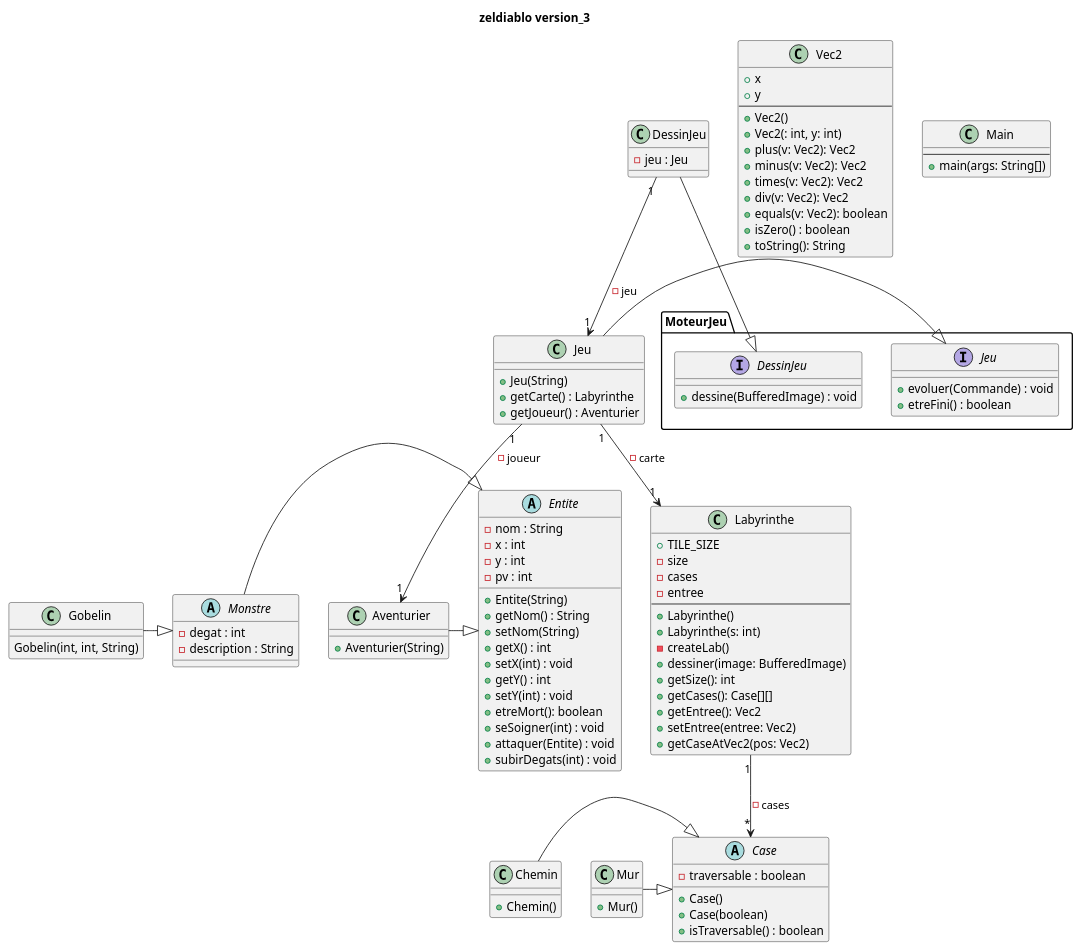
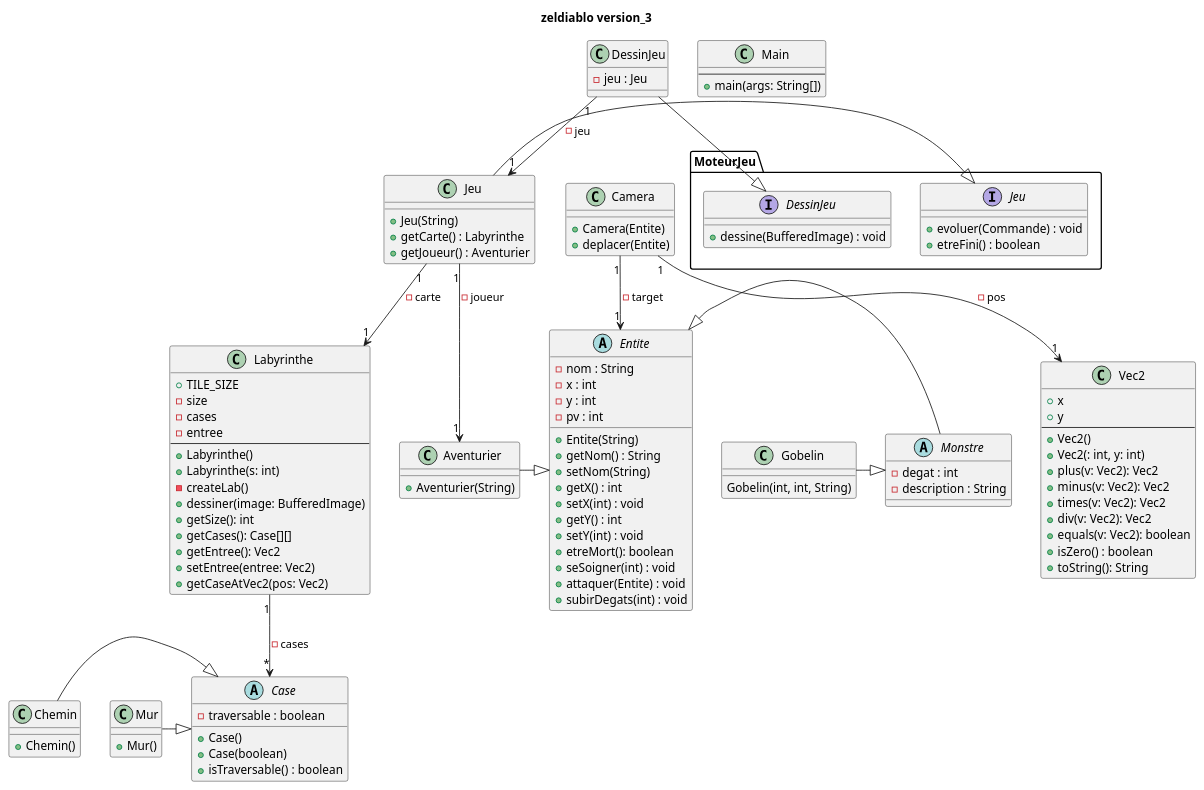
The diagram in documents/version_3/diagramme_classe_version_3.puml (toxicbloud/Zeldiablo), drawn with PlantUML before and after one commit.

Commit message:
modification diagramme de classe, ajout fonctionnalite Cameraé

```diff
--- a/documents/version_3/diagramme_classe_version_3.puml
+++ b/documents/version_3/diagramme_classe_version_3.puml
@@ -1,128 +1,136 @@
 @startuml
 title zeldiablo version_3
 
 class Jeu{
 
     + Jeu(String)
     + getCarte() : Labyrinthe
     + getJoueur() : Aventurier
 }
 
 abstract class Case{
     - traversable : boolean
     + Case()
     + Case(boolean)
     + isTraversable() : boolean
 }
 
 class Chemin{
 
     + Chemin()
 }
 
 class Mur{
 
     + Mur()
 }
 
 class Labyrinthe {
     + TILE_SIZE
     - size
     - cases
     - entree
     --
     + Labyrinthe()
     + Labyrinthe(s: int)
     - createLab()
     + dessiner(image: BufferedImage)
     + getSize(): int
     + getCases(): Case[][]
     + getEntree(): Vec2
     + setEntree(entree: Vec2)
     + getCaseAtVec2(pos: Vec2)
 }
 
 class Vec2 {
     + x
     + y
     --
     + Vec2()
     + Vec2(: int, y: int)
     + plus(v: Vec2): Vec2
     + minus(v: Vec2): Vec2
     + times(v: Vec2): Vec2
     + div(v: Vec2): Vec2
     + equals(v: Vec2): boolean
     + isZero() : boolean
     + toString(): String
 }
 
 
 
 abstract class Entite{
 
     - nom : String
     - x : int
     - y : int
     - pv : int
 
     + Entite(String)
     + getNom() : String
     + setNom(String)
     + getX() : int
     + setX(int) : void
     + getY() : int
     + setY(int) : void
     + etreMort(): boolean
     + seSoigner(int) : void
     + attaquer(Entite) : void
     + subirDegats(int) : void
 
 }
 
 abstract Monstre{
     - degat : int
     - description : String
 
 }
 
 class Gobelin{
 
     Gobelin(int, int, String)
 }
 
 class Aventurier{
     + Aventurier(String)
 }
 
 class DessinJeu{
     - jeu : Jeu
 }
 
 class Main{
     --
     + main(args: String[])
 }
 
 interface MoteurJeu.DessinJeu{
     + dessine(BufferedImage) : void
 }
 
 interface MoteurJeu.Jeu{
     + evoluer(Commande) : void
     + etreFini() : boolean
 }
 
 
+class Camera {
+    + Camera(Entite)
+    + deplacer(Entite)
+}
+
+
 Labyrinthe "1" --> "*" Case : - cases
 Chemin -|> Case
 Mur -|> Case
 Jeu -|> MoteurJeu.Jeu
 DessinJeu -|> MoteurJeu.DessinJeu
 Aventurier -|> Entite
 Monstre -|> Entite
 Gobelin -|> Monstre
 Jeu "1" --> "1" Labyrinthe : - carte
 Jeu "1" --> "1" Aventurier : - joueur
 DessinJeu "1" --> "1" Jeu : - jeu
+Camera "1" --> "1" Entite : - target
+Camera "1" --> "1" Vec2 : - pos
 @enduml
```
